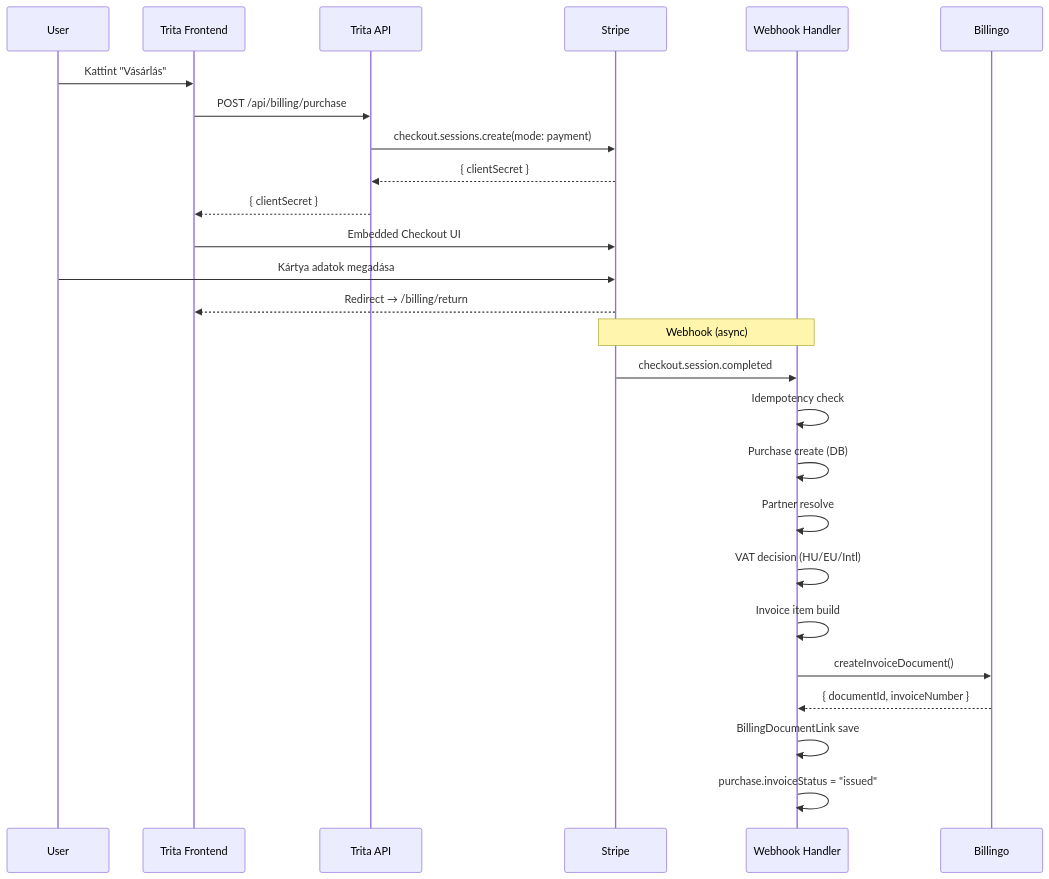
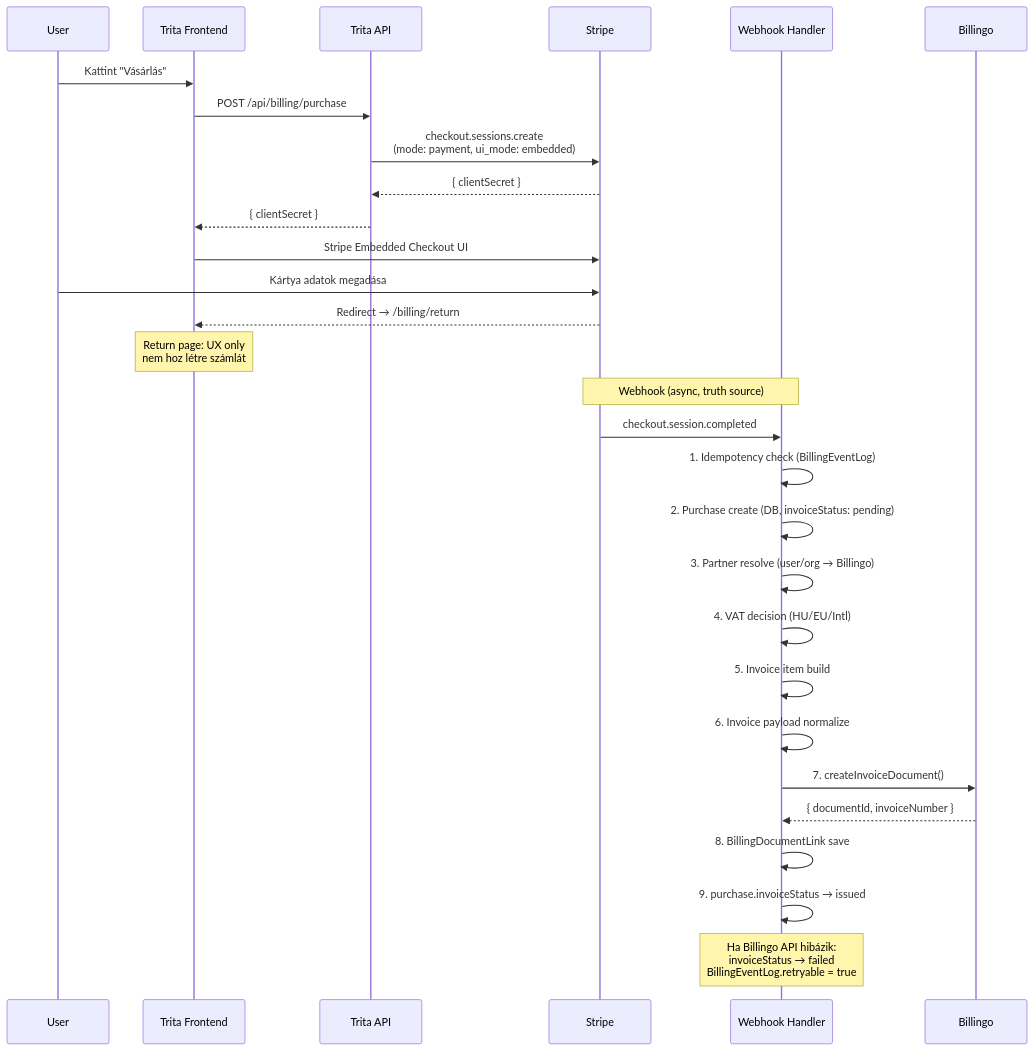
One commit to oknilik/trita_core changed the second of 8 diagrams in docs/architecture/billing-architecture-diagrams.md. Above: the diagram before and after it, drawn with Mermaid. The commit also changed other lines of this file, not shown here.

First line of the commit message:
docs: billing architecture diagrams v2 — review-based refinements

````diff
--- a/docs/architecture/billing-architecture-diagrams.md
+++ b/docs/architecture/billing-architecture-diagrams.md
@@ -120,30 +156,35 @@
 ```mermaid
 sequenceDiagram
     participant User
     participant Trita as Trita Frontend
     participant API as Trita API
     participant Stripe
     participant WH as Webhook Handler
     participant Billingo
 
     User->>Trita: Kattint "Vásárlás"
     Trita->>API: POST /api/billing/purchase
-    API->>Stripe: checkout.sessions.create(mode: payment)
+    API->>Stripe: checkout.sessions.create<br/>(mode: payment, ui_mode: embedded)
     Stripe-->>API: { clientSecret }
     API-->>Trita: { clientSecret }
-    Trita->>Stripe: Embedded Checkout UI
+    Trita->>Stripe: Stripe Embedded Checkout UI
     User->>Stripe: Kártya adatok megadása
     Stripe-->>Trita: Redirect → /billing/return
 
-    Note over Stripe,WH: Webhook (async)
+    Note over Trita: Return page: UX only<br/>nem hoz létre számlát
+
+    Note over Stripe,WH: Webhook (async, truth source)
     Stripe->>WH: checkout.session.completed
-    WH->>WH: Idempotency check
-    WH->>WH: Purchase create (DB)
-    WH->>WH: Partner resolve
-    WH->>WH: VAT decision (HU/EU/Intl)
-    WH->>WH: Invoice item build
-    WH->>Billingo: createInvoiceDocument()
+    WH->>WH: 1. Idempotency check (BillingEventLog)
+    WH->>WH: 2. Purchase create (DB, invoiceStatus: pending)
+    WH->>WH: 3. Partner resolve (user/org → Billingo)
+    WH->>WH: 4. VAT decision (HU/EU/Intl)
+    WH->>WH: 5. Invoice item build
+    WH->>WH: 6. Invoice payload normalize
+    WH->>Billingo: 7. createInvoiceDocument()
     Billingo-->>WH: { documentId, invoiceNumber }
-    WH->>WH: BillingDocumentLink save
-    WH->>WH: purchase.invoiceStatus = "issued"
+    WH->>WH: 8. BillingDocumentLink save
+    WH->>WH: 9. purchase.invoiceStatus → issued
+
+    Note over WH: Ha Billingo API hibázik:<br/>invoiceStatus → failed<br/>BillingEventLog.retryable = true
 ```
````
